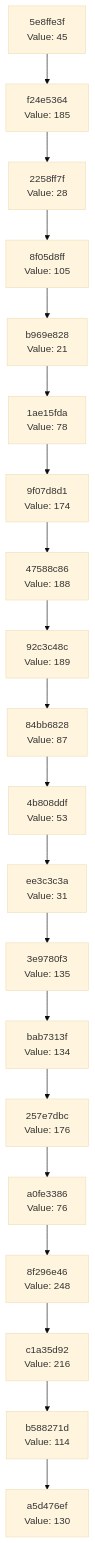
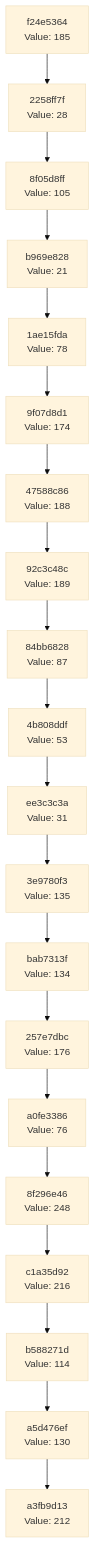
One commit to Abhisheksinha1506/hash-chain-evolver changed the diagram in docs/CHAIN_VISUALIZATION.md. Above: the diagram before and after it, drawn with Mermaid (base theme). The commit also changed 3 other files, not shown here.

````diff
--- a/docs/CHAIN_VISUALIZATION.md
+++ b/docs/CHAIN_VISUALIZATION.md
@@ -3,42 +3,42 @@
 ```mermaid
 graph TD
-    C0["a5d476ef<br/>Value: 130"]
-    C1["b588271d<br/>Value: 114"]
+    C0["a3fb9d13<br/>Value: 212"]
+    C1["a5d476ef<br/>Value: 130"]
     C1 --> C0
-    C2["c1a35d92<br/>Value: 216"]
+    C2["b588271d<br/>Value: 114"]
     C2 --> C1
-    C3["8f296e46<br/>Value: 248"]
+    C3["c1a35d92<br/>Value: 216"]
     C3 --> C2
-    C4["a0fe3386<br/>Value: 76"]
+    C4["8f296e46<br/>Value: 248"]
     C4 --> C3
-    C5["257e7dbc<br/>Value: 176"]
+    C5["a0fe3386<br/>Value: 76"]
     C5 --> C4
-    C6["bab7313f<br/>Value: 134"]
+    C6["257e7dbc<br/>Value: 176"]
     C6 --> C5
-    C7["3e9780f3<br/>Value: 135"]
+    C7["bab7313f<br/>Value: 134"]
     C7 --> C6
-    C8["ee3c3c3a<br/>Value: 31"]
+    C8["3e9780f3<br/>Value: 135"]
     C8 --> C7
-    C9["4b808ddf<br/>Value: 53"]
+    C9["ee3c3c3a<br/>Value: 31"]
     C9 --> C8
-    C10["84bb6828<br/>Value: 87"]
+    C10["4b808ddf<br/>Value: 53"]
     C10 --> C9
-    C11["92c3c48c<br/>Value: 189"]
+    C11["84bb6828<br/>Value: 87"]
     C11 --> C10
-    C12["47588c86<br/>Value: 188"]
+    C12["92c3c48c<br/>Value: 189"]
     C12 --> C11
-    C13["9f07d8d1<br/>Value: 174"]
+    C13["47588c86<br/>Value: 188"]
     C13 --> C12
-    C14["1ae15fda<br/>Value: 78"]
+    C14["9f07d8d1<br/>Value: 174"]
     C14 --> C13
-    C15["b969e828<br/>Value: 21"]
+    C15["1ae15fda<br/>Value: 78"]
     C15 --> C14
-    C16["8f05d8ff<br/>Value: 105"]
+    C16["b969e828<br/>Value: 21"]
     C16 --> C15
-    C17["2258ff7f<br/>Value: 28"]
+    C17["8f05d8ff<br/>Value: 105"]
     C17 --> C16
-    C18["f24e5364<br/>Value: 185"]
+    C18["2258ff7f<br/>Value: 28"]
     C18 --> C17
-    C19["5e8ffe3f<br/>Value: 45"]
+    C19["f24e5364<br/>Value: 185"]
     C19 --> C18
 ```
````
